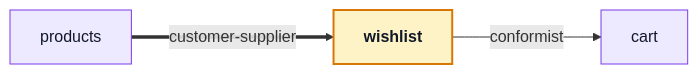
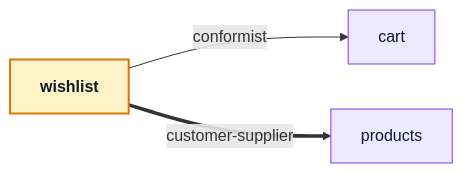
One commit to Guebbit/boilerplate-vue-frontend changed the diagram in docs/modules/wishlist.md. Above: the diagram before and after it, drawn with Mermaid. The commit also changed other lines of this file and 65 other files, not shown here.

````diff
--- a/docs/modules/wishlist.md
+++ b/docs/modules/wishlist.md
@@ -24,13 +24,13 @@
 ```mermaid
 %%{init: {'flowchart': {'nodeSpacing': 45, 'rankSpacing': 75}}}%%
 flowchart LR
-    products["products"] ==>|"customer-supplier"| wishlist["<b>wishlist</b>"]
     wishlist["<b>wishlist</b>"] -->|"conformist"| cart["cart"]
+    wishlist["<b>wishlist</b>"] ==>|"customer-supplier"| products["products"]
 
     classDef core fill:#ede9fe,stroke:#7c3aed,color:#111827;
     classDef supporting fill:#dbeafe,stroke:#2563eb,color:#111827;
     classDef generic fill:#ccfbf1,stroke:#0f766e,color:#111827;
     classDef self fill:#fef3c7,stroke:#d97706,color:#111827,stroke-width:2px;
     class cart,products core;
     class wishlist self;
 ```
````
